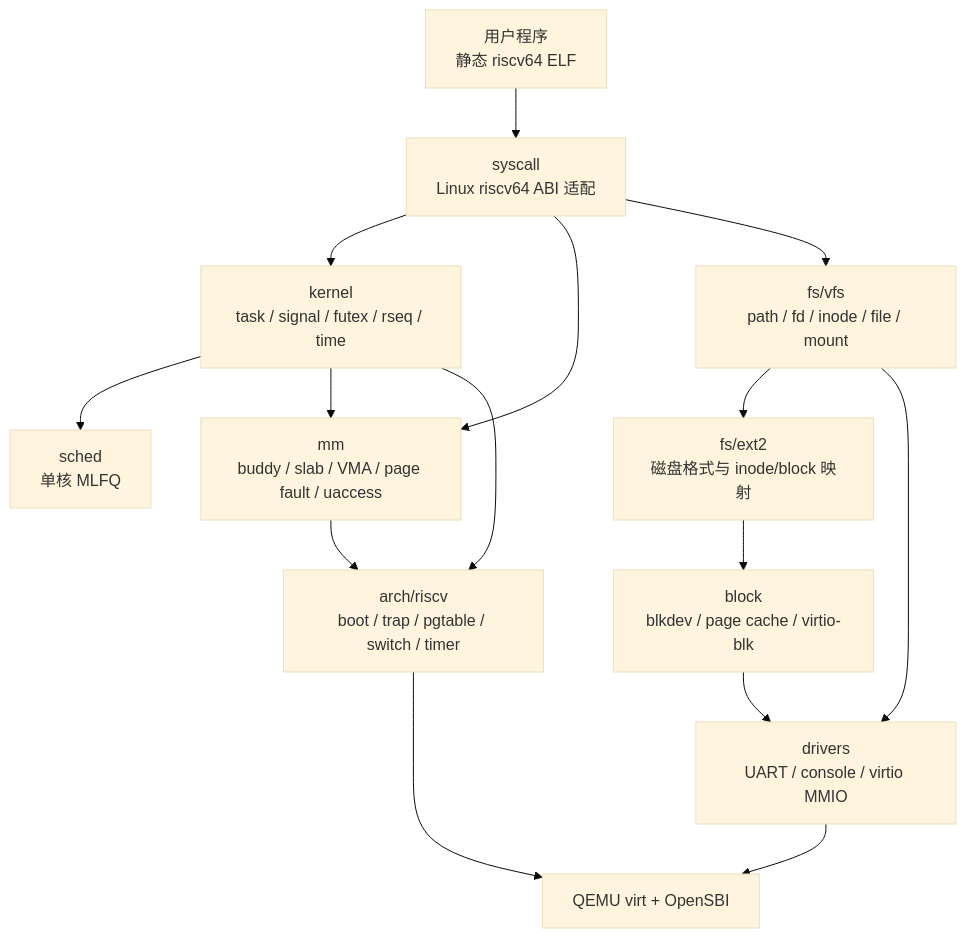
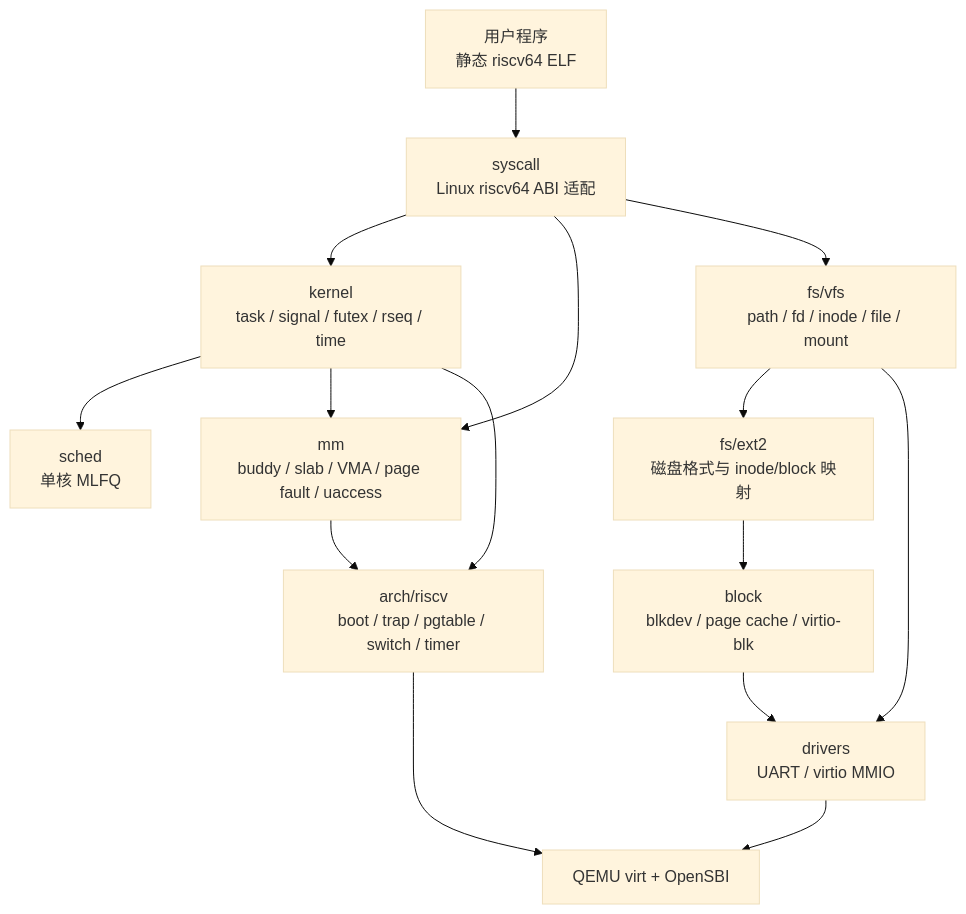
Before and after one commit to pillow-zx/CuteOS: the first of 2 diagrams in docs/architecture/overview.md, drawn with Mermaid (base theme). The commit also changed other lines of this file and 151 other files, not shown here.

````diff
--- a/docs/architecture/overview.md
+++ b/docs/architecture/overview.md
@@ -26,29 +27,29 @@
 ```mermaid
 flowchart TB
     User["用户程序<br/>静态 riscv64 ELF"]
     Syscall["syscall<br/>Linux riscv64 ABI 适配"]
     Kernel["kernel<br/>task / signal / futex / rseq / time"]
     Sched["sched<br/>单核 MLFQ"]
     MM["mm<br/>buddy / slab / VMA / page fault / uaccess"]
     VFS["fs/vfs<br/>path / fd / inode / file / mount"]
     Ext2["fs/ext2<br/>磁盘格式与 inode/block 映射"]
     Block["block<br/>blkdev / page cache / virtio-blk"]
-    Drivers["drivers<br/>UART / console / virtio MMIO"]
+    Drivers["drivers<br/>UART / virtio MMIO"]
     Arch["arch/riscv<br/>boot / trap / pgtable / switch / timer"]
     HW["QEMU virt + OpenSBI"]
 
     User --> Syscall
     Syscall --> Kernel
     Syscall --> MM
     Syscall --> VFS
     Kernel --> Sched
     Kernel --> MM
     Kernel --> Arch
     MM --> Arch
     VFS --> Ext2
     VFS --> Drivers
     Ext2 --> Block
     Block --> Drivers
     Drivers --> HW
     Arch --> HW
 ```
````
